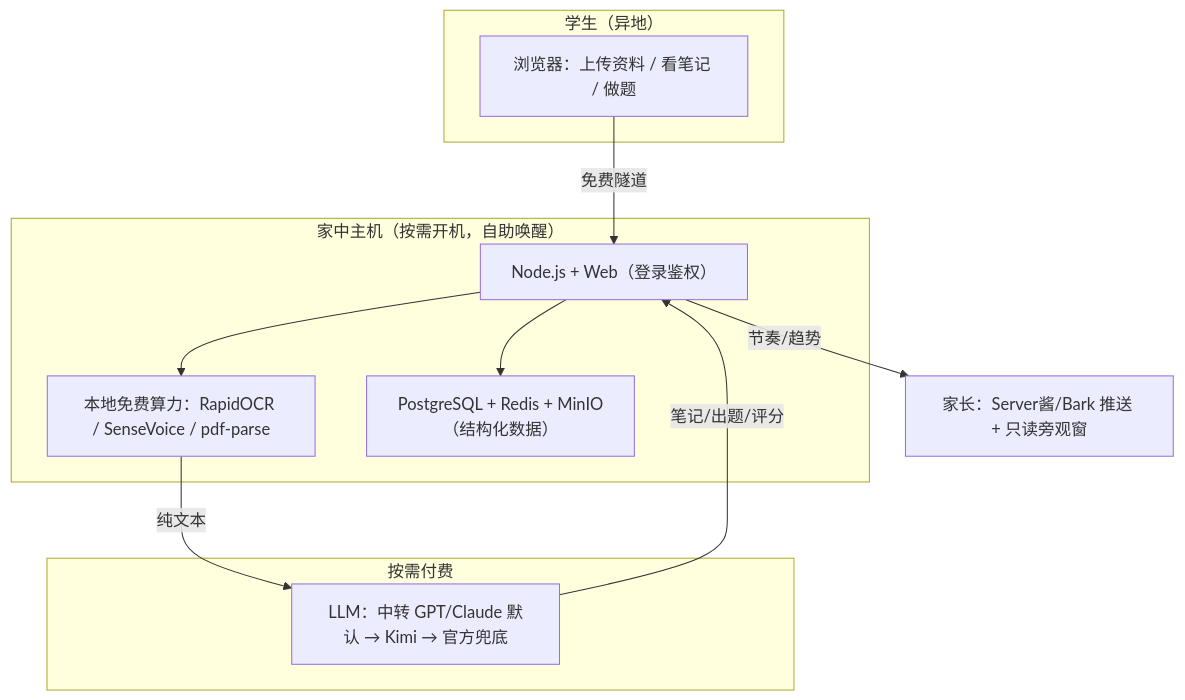
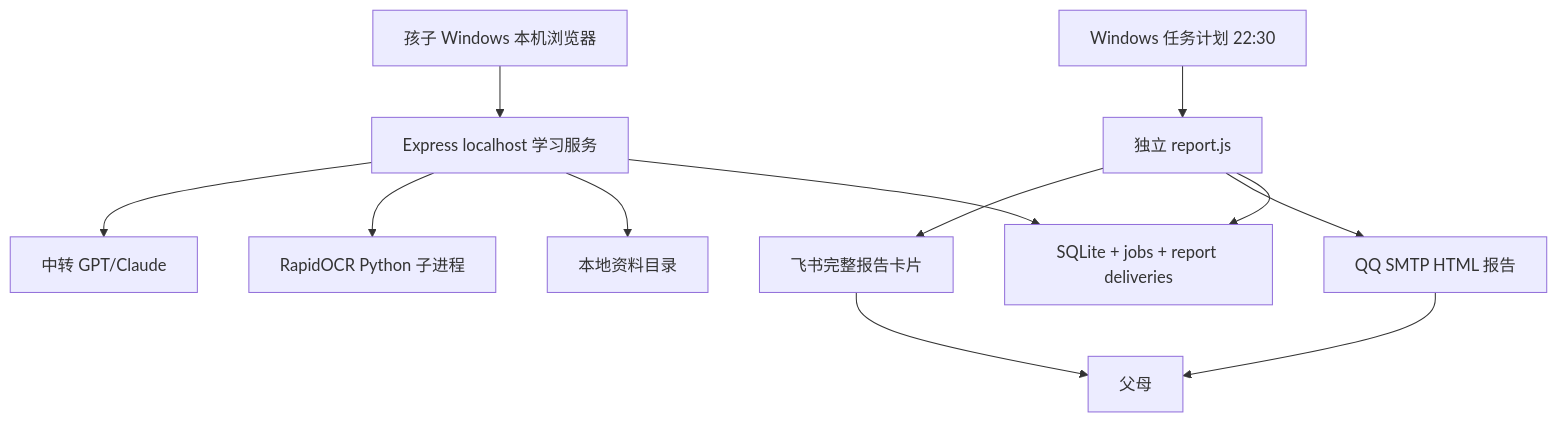
Before and after one commit to everything-is-simple/ai-studybuddy: the fourth of 4 diagrams in docs/01-总PRD-产品需求-Product-Requirements.md, drawn with Mermaid. The commit also changed other lines of this file and 46 other files, not shown here.

````diff
--- a/docs/01-总PRD-产品需求-Product-Requirements.md
+++ b/docs/01-总PRD-产品需求-Product-Requirements.md
@@ -308,22 +307,14 @@
 ```mermaid
 flowchart TD
-  subgraph 学生端["学生（异地）"]
-    Stu["浏览器：上传资料 / 看笔记 / 做题"]
-  end
-  subgraph 家["家中主机（按需开机，自助唤醒）"]
-    App["Node.js + Web（登录鉴权）"]
-    Local["本地免费算力：RapidOCR / SenseVoice / pdf-parse"]
-    Data["PostgreSQL + Redis + MinIO（结构化数据）"]
-  end
-  subgraph 外部["按需付费"]
-    LLM["LLM：中转 GPT/Claude 默认 → Kimi → 官方兜底"]
-  end
-  Parent["家长：Server酱/Bark 推送 + 只读旁观窗"]
-
-  Stu -- 免费隧道 --> App
-  App --> Local
-  App --> Data
-  Local -- 纯文本 --> LLM
-  LLM -- 笔记/出题/评分 --> App
-  App -- 节奏/趋势 --> Parent
+  Student["孩子 Windows 本机浏览器"] --> App["Express localhost 学习服务"]
+  App --> Db["SQLite + jobs + report deliveries"]
+  App --> Files["本地资料目录"]
+  App --> Ocr["RapidOCR Python 子进程"]
+  App --> Llm["中转 GPT/Claude"]
+  Scheduler["Windows 任务计划 22:30"] --> Report["独立 report.js"]
+  Report --> Db
+  Report --> Email["QQ SMTP HTML 报告"]
+  Report --> Feishu["飞书完整报告卡片"]
+  Email --> Parent["父母"]
+  Feishu --> Parent
 ```
````
